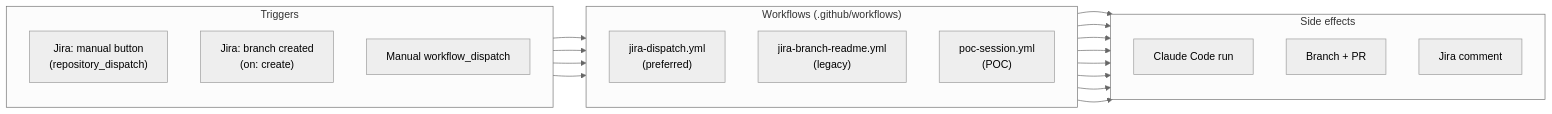
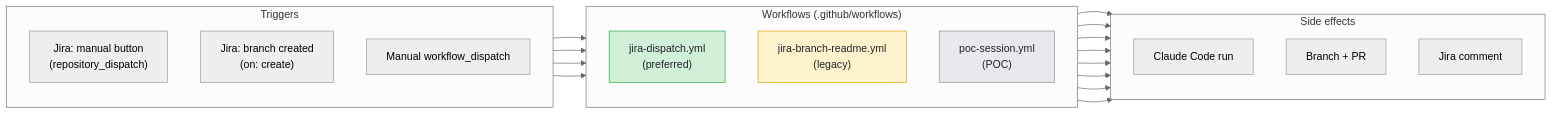
One commit to NurMind-com/The_Dark_Factory changed the first of 2 diagrams in docs/workflows.md. Above: the diagram before and after it, drawn with Mermaid (neutral theme). The commit also changed 14 other files, not shown here.

````diff
--- a/docs/workflows.md
+++ b/docs/workflows.md
@@ -26,39 +26,43 @@
 ```mermaid
 flowchart LR
     subgraph TR["Triggers"]
         direction TB
         JM["Jira: manual button<br/>(repository_dispatch)"]
         JB["Jira: branch created<br/>(on: create)"]
         MD["Manual workflow_dispatch"]
     end
 
     subgraph WF["Workflows (.github/workflows)"]
         direction TB
-        WD["jira-dispatch.yml<br/>(preferred)"]
-        WB["jira-branch-readme.yml<br/>(legacy)"]
-        WP["poc-session.yml<br/>(POC)"]
+        WD["jira-dispatch.yml<br/>(preferred)"]:::pref
+        WB["jira-branch-readme.yml<br/>(legacy)"]:::legacy
+        WP["poc-session.yml<br/>(POC)"]:::poc
     end
 
     subgraph OUT["Side effects"]
         direction TB
         CC["Claude Code run"]
         GH["Branch + PR"]
         JC["Jira comment"]
     end
 
     JM --> WD
     JB --> WB
     MD --> WP
     MD --> WD
 
     WD --> CC
     WB --> CC
     WP --> CC
 
     WD --> GH
     WB --> GH
     WP --> GH
 
     WD --> JC
     WB --> JC
+
+    classDef pref fill:#d1f0d8,stroke:#28a745,color:#1f2328
+    classDef legacy fill:#fff3cd,stroke:#d39e00,color:#1f2328
+    classDef poc fill:#e7e9ec,stroke:#868e96,color:#1f2328
 ```
````
